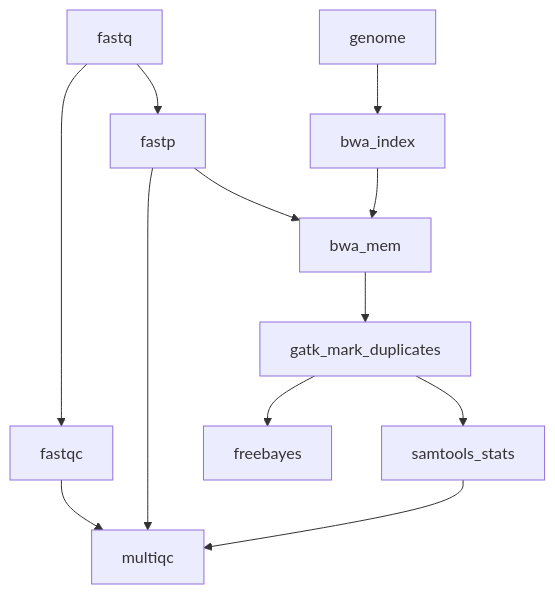
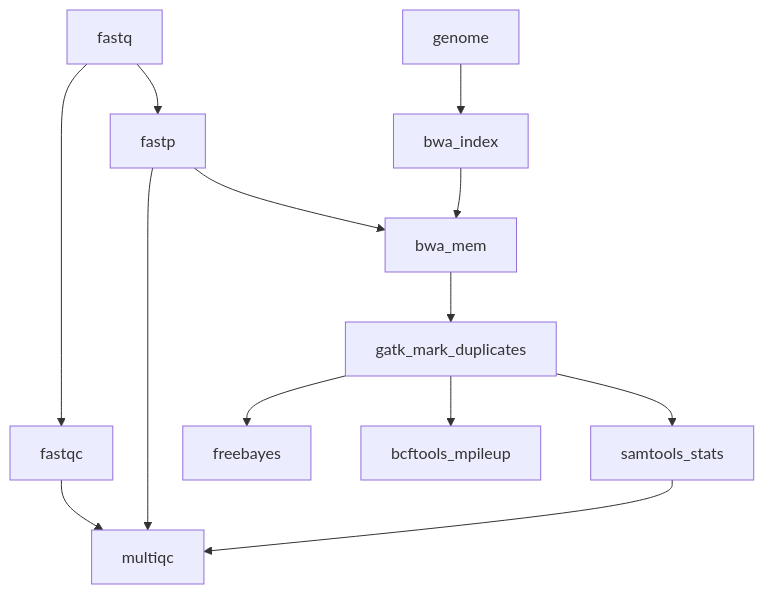
The diagram in README.md (marine-omics/movp), drawn with Mermaid before and after one commit. The commit also changed 1 other file, not shown here.

Commit message:
Update workflow graph

````diff
--- a/README.md
+++ b/README.md
@@ -7,14 +7,15 @@
 ```mermaid
 graph TD;
 	fastq-->fastqc;
 	fastqc-->multiqc;
 	fastq-->fastp;
 	fastp-->multiqc;
 	fastp-->bwa_mem;
 	genome-->bwa_index;
 	bwa_index-->bwa_mem;
 	bwa_mem-->gatk_mark_duplicates;
 	gatk_mark_duplicates-->samtools_stats;
 	samtools_stats-->multiqc;
 	gatk_mark_duplicates-->freebayes;
+	gatk_mark_duplicates-->bcftools_mpileup;
 ```
````
